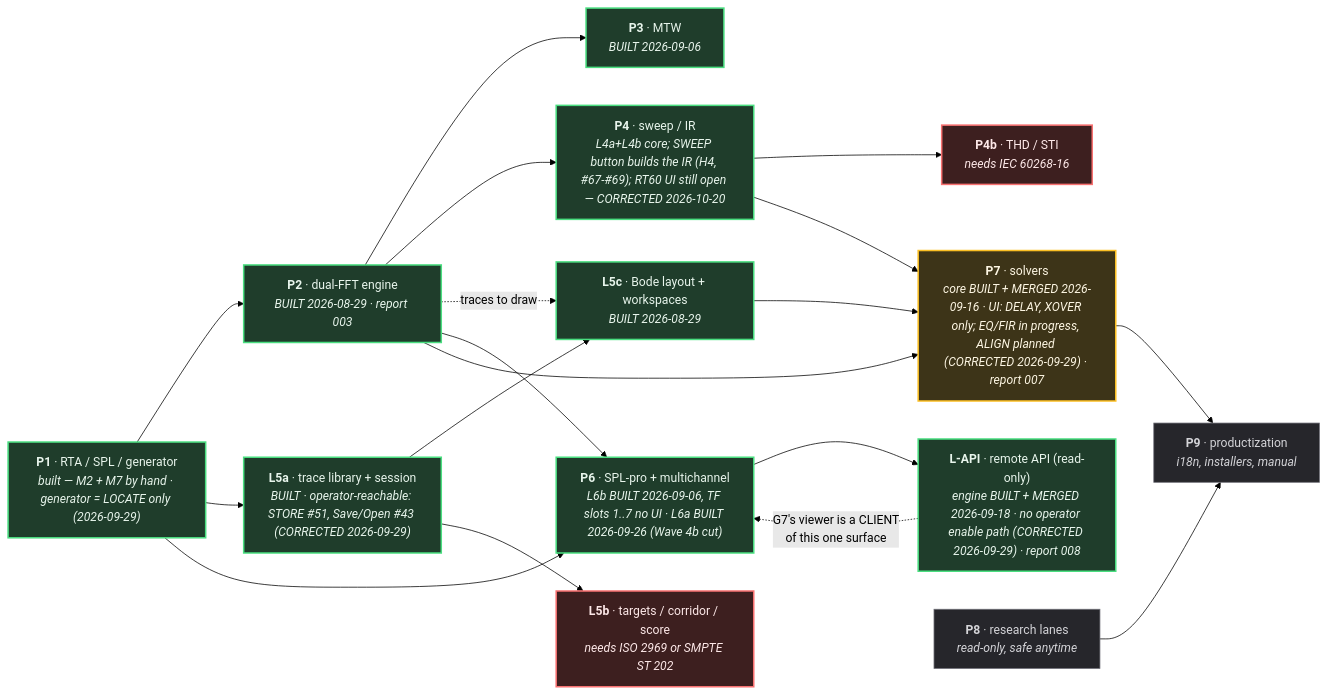
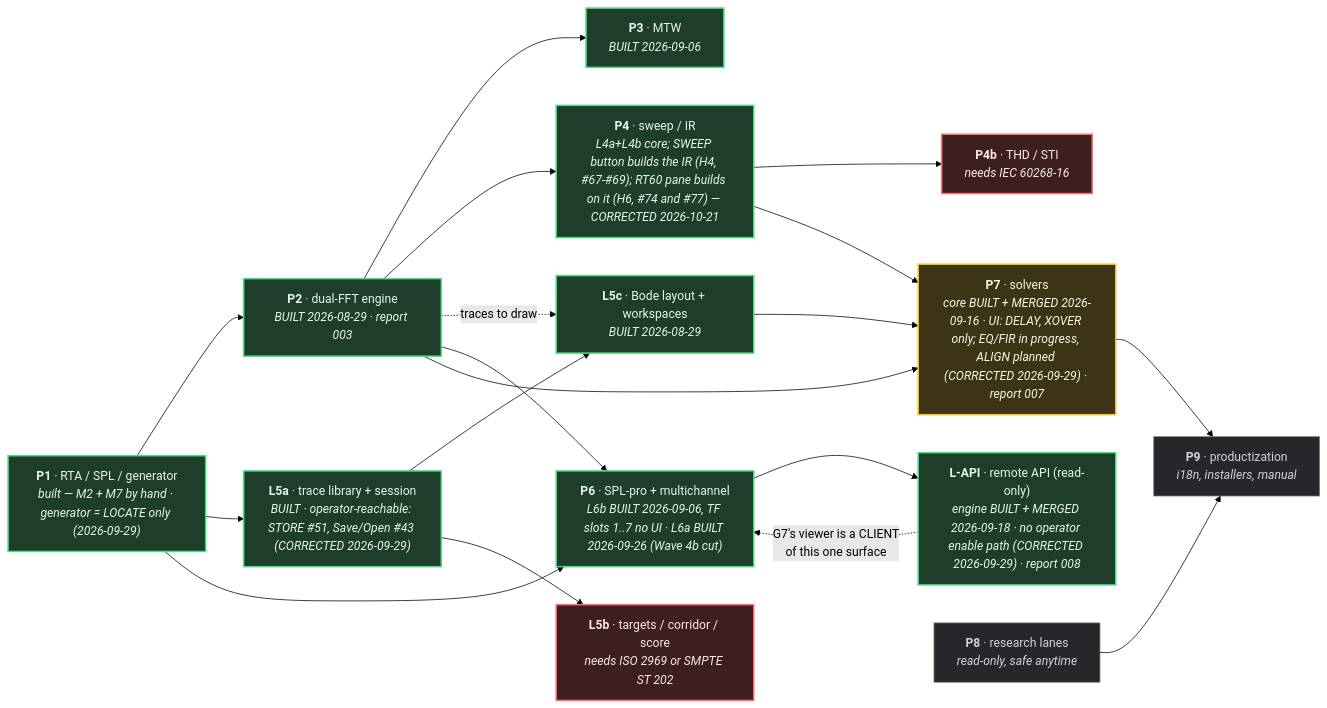
The diagram in docs/plans/MASTER-EXECUTION-PLAN.md (toanaz-ops/rta-tool), drawn with Mermaid (forest theme) before and after one commit. The commit also changed other lines of this file and 5 other files, not shown here.

````diff
--- a/docs/plans/MASTER-EXECUTION-PLAN.md
+++ b/docs/plans/MASTER-EXECUTION-PLAN.md
@@ -526,41 +526,41 @@
 ```mermaid
 graph LR
     P1["<b>P1</b> · RTA / SPL / generator<br/><i>built — M2 + M7 by hand · generator = LOCATE only (2026-09-29)</i>"]
     P2["<b>P2</b> · dual-FFT engine<br/><i>BUILT 2026-08-29 · report 003</i>"]
     P3["<b>P3</b> · MTW<br/><i>BUILT 2026-09-06</i>"]
-    P4["<b>P4</b> · sweep / IR<br/><i>L4a+L4b core; SWEEP button builds the IR (H4, #67-#69); RT60 UI still open — CORRECTED 2026-10-20</i>"]
+    P4["<b>P4</b> · sweep / IR<br/><i>L4a+L4b core; SWEEP button builds the IR (H4, #67-#69); RT60 pane builds on it (H6, #74 and #77) — CORRECTED 2026-10-21</i>"]
     P4b["<b>P4b</b> · THD / STI<br/><i>needs IEC 60268-16</i>"]
     L5a["<b>L5a</b> · trace library + session<br/><i>BUILT · operator-reachable: STORE #51, Save/Open #43 (CORRECTED 2026-09-29)</i>"]
     L5b["<b>L5b</b> · targets / corridor / score<br/><i>needs ISO 2969 or SMPTE ST 202</i>"]
     L5c["<b>L5c</b> · Bode layout + workspaces<br/><i>BUILT 2026-08-29</i>"]
     P6["<b>P6</b> · SPL-pro + multichannel<br/><i>L6b BUILT 2026-09-06, TF slots 1..7 no UI · L6a BUILT 2026-09-26 (Wave 4b cut)</i>"]
     LAPI["<b>L-API</b> · remote API (read-only)<br/><i>engine BUILT + MERGED 2026-09-18 · no operator enable path (CORRECTED 2026-09-29) · report 008</i>"]
     P7["<b>P7</b> · solvers<br/><i>core BUILT + MERGED 2026-09-16 · UI: DELAY, XOVER only; EQ/FIR in progress, ALIGN planned (CORRECTED 2026-09-29) · report 007</i>"]
     P8["<b>P8</b> · research lanes<br/><i>read-only, safe anytime</i>"]
     P9["<b>P9</b> · productization<br/><i>i18n, installers, manual</i>"]
 
     P1 --> P2 --> P3
     P2 --> P4 --> P4b
     P1 --> L5a --> L5c
     L5a --> L5b
     P2 -.->|"traces to draw"| L5c
     P1 --> P6
     P2 --> P6
     P6 --> LAPI
     LAPI -.->|"G7's viewer is a CLIENT<br/>of this one surface"| P6
     P2 --> P7
     P4 --> P7
     L5c --> P7
     P7 --> P9
     P8 --> P9
 
     classDef done fill:#1f3d2b,stroke:#4ade80,stroke-width:2px,color:#e8f5ec
     classDef next fill:#3d3418,stroke:#fbbf24,stroke-width:2px,color:#fdf6e3
     classDef blocked fill:#3d1f1f,stroke:#f87171,stroke-width:2px,color:#fde8e8
     classDef later fill:#26262b,stroke:#71717a,stroke-width:1px,color:#d4d4d8
 
     class P1,P2,P3,P4,L5a,L5c,LAPI,P6 done
     class P7 next
     class L5b,P4b blocked
     class P8,P9 later
 ```
````
